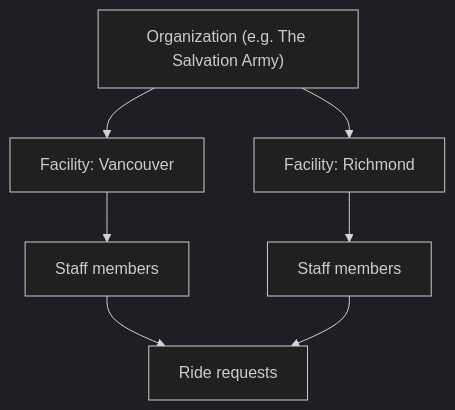
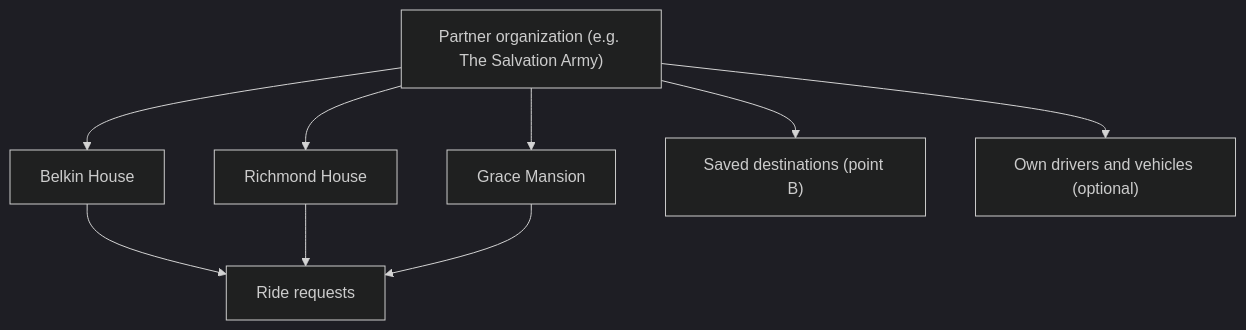
The first of 3 diagrams in PRODUCT_DESCRIPTION.md (FaithTechGlobalLabs/CareRide-Team-1), drawn with Mermaid (dark theme) before and after one commit. The commit also changed other lines of this file and 68 other files, not shown here.

````diff
--- a/PRODUCT_DESCRIPTION.md
+++ b/PRODUCT_DESCRIPTION.md
@@ -60,9 +57,11 @@
 ```mermaid
 flowchart TD
-    Org["Organization (e.g. The Salvation Army)"] --> F1["Facility: Vancouver"]
-    Org --> F2["Facility: Richmond"]
-    F1 --> S1["Staff members"]
-    F2 --> S2["Staff members"]
-    S1 --> R["Ride requests"]
-    S2 --> R
+    Org["Partner organization (e.g. The Salvation Army)"] --> H1["Belkin House"]
+    Org --> H2["Richmond House"]
+    Org --> H3["Grace Mansion"]
+    Org --> D["Saved destinations (point B)"]
+    Org --> V["Own drivers and vehicles (optional)"]
+    H1 --> R["Ride requests"]
+    H2 --> R
+    H3 --> R
 ```
````
